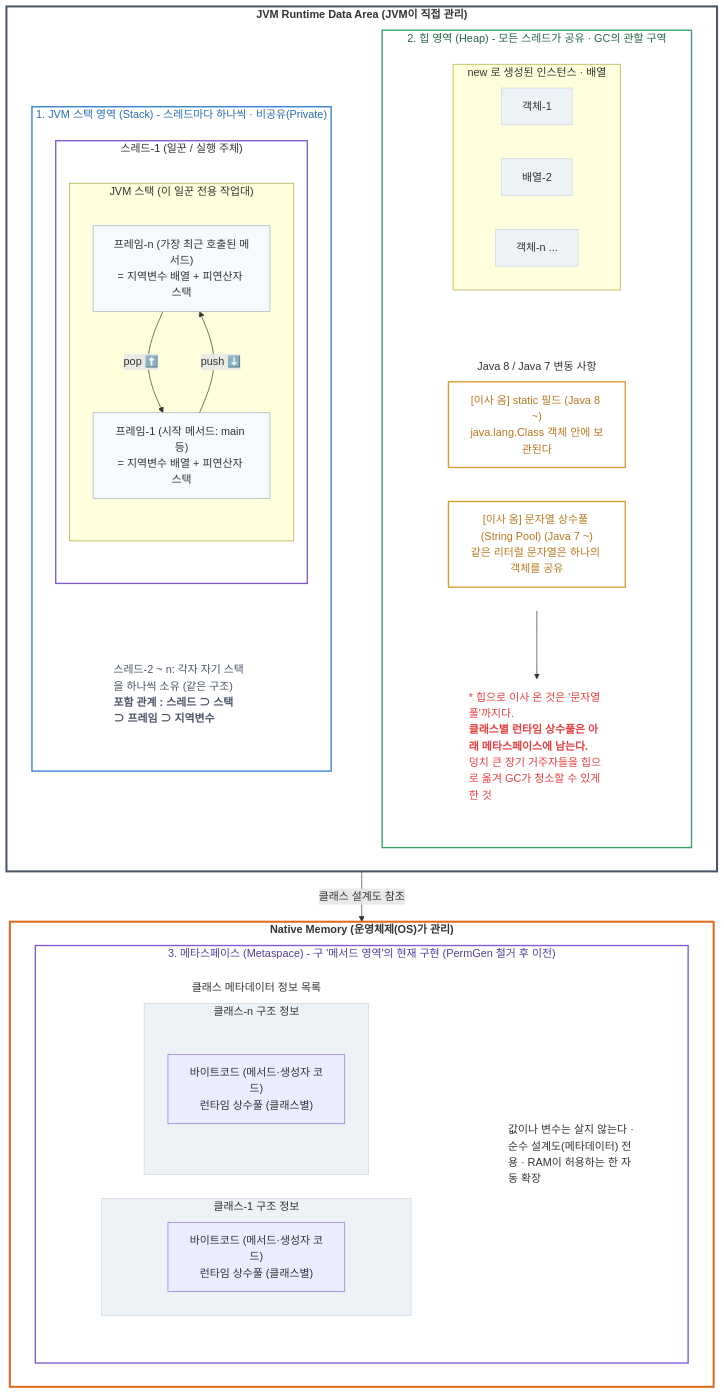
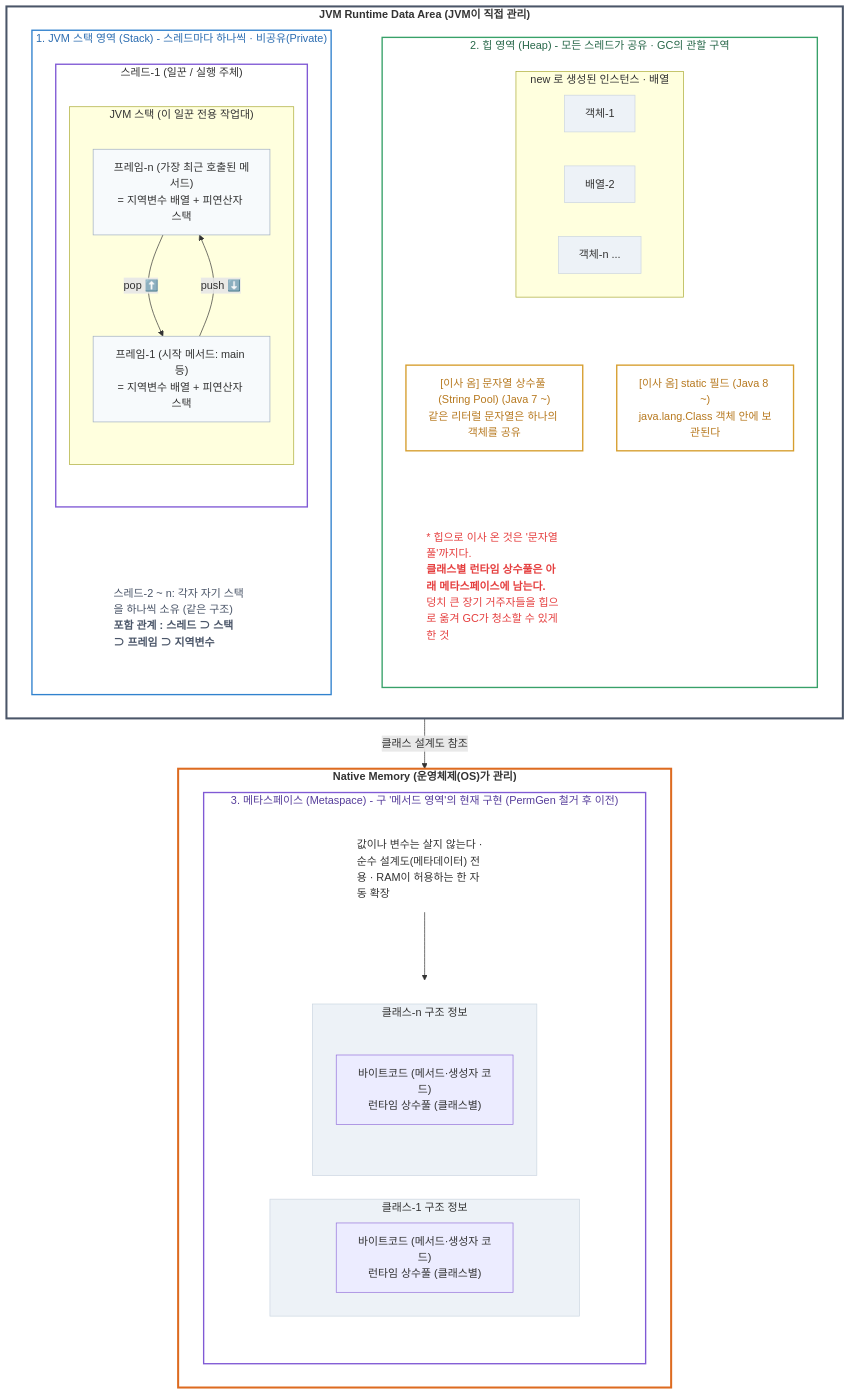
Before and after one commit to sungjin-dev/sungjin-dev.github.io: the second of 8 diagrams in _posts/2026-07-11-java-reference-type-study-1.md, drawn with Mermaid.

````diff
--- a/_posts/2026-07-11-java-reference-type-study-1.md
+++ b/_posts/2026-07-11-java-reference-type-study-1.md
@@ -72,7 +72,7 @@
                 end
             end
             
-            %% 💡 붕 떴던 공간 밀착 링크 (투명선 대신 최소 간격 화살표 사용)
+            %% 밀착 링크
             THREAD1 -->| | STACK_TEXT
             STACK_TEXT["스레드-2 ~ n: 각자 자기 스택을 하나씩 소유 (같은 구조)<br><b>포함 관계 : 스레드 ⊃ 스택 ⊃ 프레임 ⊃ 지역변수</b>"]
         end
@@ -92,18 +92,16 @@
                 OBJN["객체-n ..."]
             end
             
-            %% 💡 1층과 2층 사이 붕 떴던 공간 밀착 링크
-            OBJECTS -->| | MOVED_ITEMS
+            %% 밀착 링크
+            OBJECTS -->| | SF
+            OBJECTS -->| | SP
 
-            %% 2층: 이사 온 필드 및 상수풀 영역 (가로 배치 그룹)
-            subgraph MOVED_ITEMS ["Java 8 / Java 7 변동 사항"]
-                direction LR
-                SF["[이사 옴] static 필드 (Java 8 ~)<br>java.lang.Class 객체 안에 보관된다"]
-                SP["[이사 옴] 문자열 상수풀 (String Pool) (Java 7 ~)<br>같은 리터럴 문자열은 하나의 객체를 공유"]
-            end
+            %% 2층: 이사 온 필드 및 상수풀 영역 (원본처럼 세로로 나란히 배치하기 위해 TD 설정)
+            SF["[이사 옴] static 필드 (Java 8 ~)<br>java.lang.Class 객체 안에 보관된다"]
+            SP["[이사 옴] 문자열 상수풀 (String Pool) (Java 7 ~)<br>같은 리터럴 문자열은 하나의 객체를 공유"]
             
-            %% 💡 2층과 하단 빨간 글씨 사이 붕 떴던 공간 밀착 링크
-            MOVED_ITEMS -->| | HEAP_TEXT
+            %% 밀착 링크
+            SP -->| | HEAP_TEXT
             HEAP_TEXT["* 힙으로 이사 온 것은 '문자열 풀'까지다.<br><b>클래스별 런타임 상수풀은 아래 메타스페이스에 남는다.</b><br>덩치 큰 장기 거주자들을 힙으로 옮겨 GC가 청소할 수 있게 한 것"]
         end
 
@@ -117,7 +115,8 @@
             direction TD
             MS_TEXT["값이나 변수는 살지 않는다 · 순수 설계도(메타데이터) 전용 · RAM이 허용하는 한 자동 확장"]
             
-            subgraph CLASS_INFOS ["클래스 메타데이터 정보 목록"]
+            %% 💡 요청하신 핵심 수정 포인트: 하단 정보 상자들을 완벽히 좌우(LR) 정렬
+            subgraph CLASS_INFOS [" "]
                 direction LR
                 subgraph CL1 ["클래스-1 구조 정보"]
                     C1["바이트코드 (메서드·생성자 코드)<br>런타임 상수풀 (클래스별)"]
@@ -127,6 +126,9 @@
                     CN["바이트코드 (메서드·생성자 코드)<br>런타임 상수풀 (클래스별)"]
                 end
             end
+            
+            %% 상단 텍스트와 하단 좌우 상자 밀착
+            MS_TEXT -->| | CLASS_INFOS
         end
     end
 
@@ -158,7 +160,6 @@
     class F_N,F_1 frame_box;
     
     class HEAP_AREA heap_box;
-    class MOVED_ITEMS moved_group;
     class SF,SP move_box;
     class OBJ1,ARR2,OBJN obj_box;
     
@@ -171,6 +172,6 @@
     style HEAP_TEXT fill:none,stroke:none,text-align:left,color:#e53e3e;
     style MS_TEXT fill:none,stroke:none,text-align:left;
     
-    %% 💡 새로 추가된 밀착용 투명 연결선 숨기기 프로퍼티
-    linkStyle 2,3,4 stroke:none,stroke-width:0px;
+    %% 밀착용 투명 연결선 숨기기 프로퍼티 전면 적용
+    linkStyle 2,3,4,5,6 stroke:none,stroke-width:0px;
 ```
````
